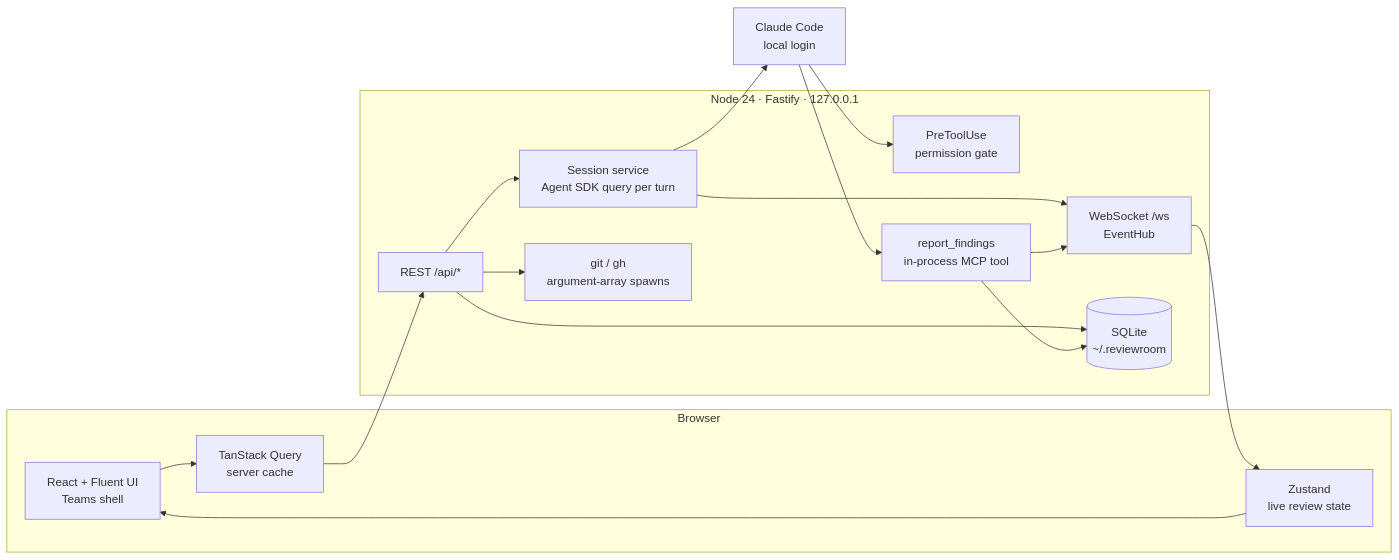
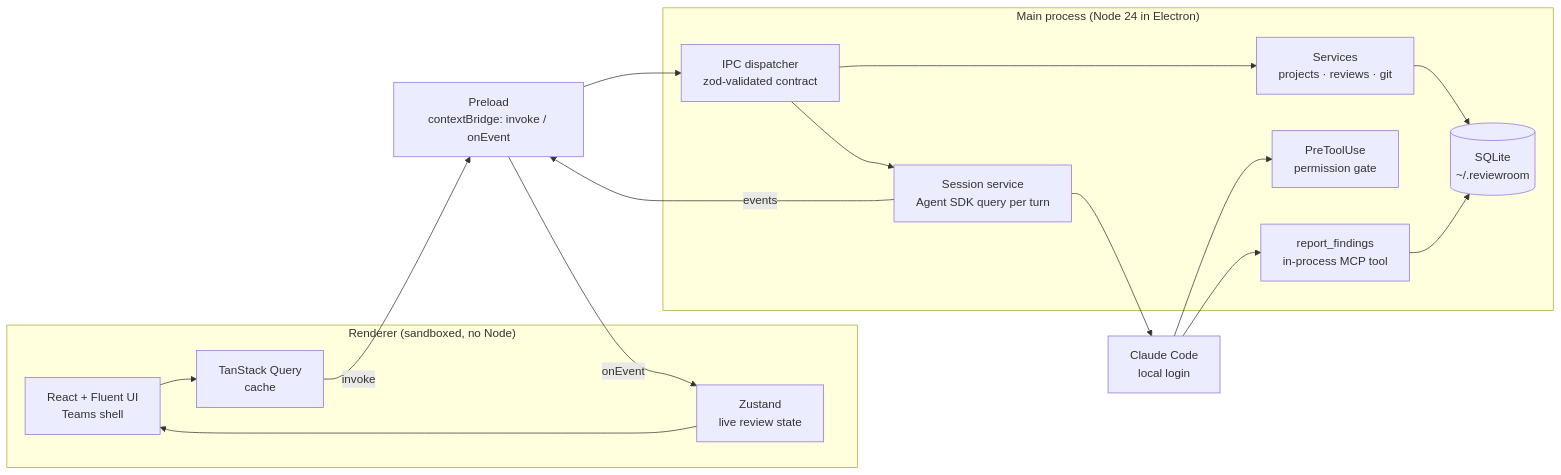
The diagram in docs/ARCHITECTURE.md (iamMikeLe/PRoblem), drawn with Mermaid before and after one commit. The commit also changed other lines of this file and 123 other files, not shown here.

First line of the commit message:
feat(desktop): move to Electron with a typed IPC contract

````diff
--- a/docs/ARCHITECTURE.md
+++ b/docs/ARCHITECTURE.md
@@ -5,28 +8,23 @@
 ```mermaid
 flowchart LR
-  subgraph Browser
+  subgraph Renderer["Renderer (sandboxed, no Node)"]
     UI[React + Fluent UI<br/>Teams shell]
-    Q[TanStack Query<br/>server cache]
+    Q[TanStack Query<br/>cache]
     S[Zustand<br/>live review state]
   end
-  subgraph Server["Node 24 · Fastify · 127.0.0.1"]
-    API[REST /api/*]
-    WS[WebSocket /ws<br/>EventHub]
+  P[Preload<br/>contextBridge: invoke / onEvent]
+  subgraph Main["Main process (Node 24 in Electron)"]
+    D[IPC dispatcher<br/>zod-validated contract]
+    SVC[Services<br/>projects · reviews · git]
     SES[Session service<br/>Agent SDK query per turn]
     GATE[PreToolUse<br/>permission gate]
     MCP[report_findings<br/>in-process MCP tool]
-    GIT[git / gh<br/>argument-array spawns]
     DB[(SQLite<br/>~/.reviewroom)]
   end
   CC[Claude Code<br/>local login]
-  UI --> Q --> API
-  WS --> S --> UI
-  API --> DB
-  API --> GIT
-  API --> SES
-  SES --> CC
+  UI --> Q -- invoke --> P --> D --> SVC --> DB
+  D --> SES --> CC
   CC --> GATE
   CC --> MCP --> DB
-  SES --> WS
-  MCP --> WS
+  SES -- events --> P -- onEvent --> S --> UI
 ```
````
